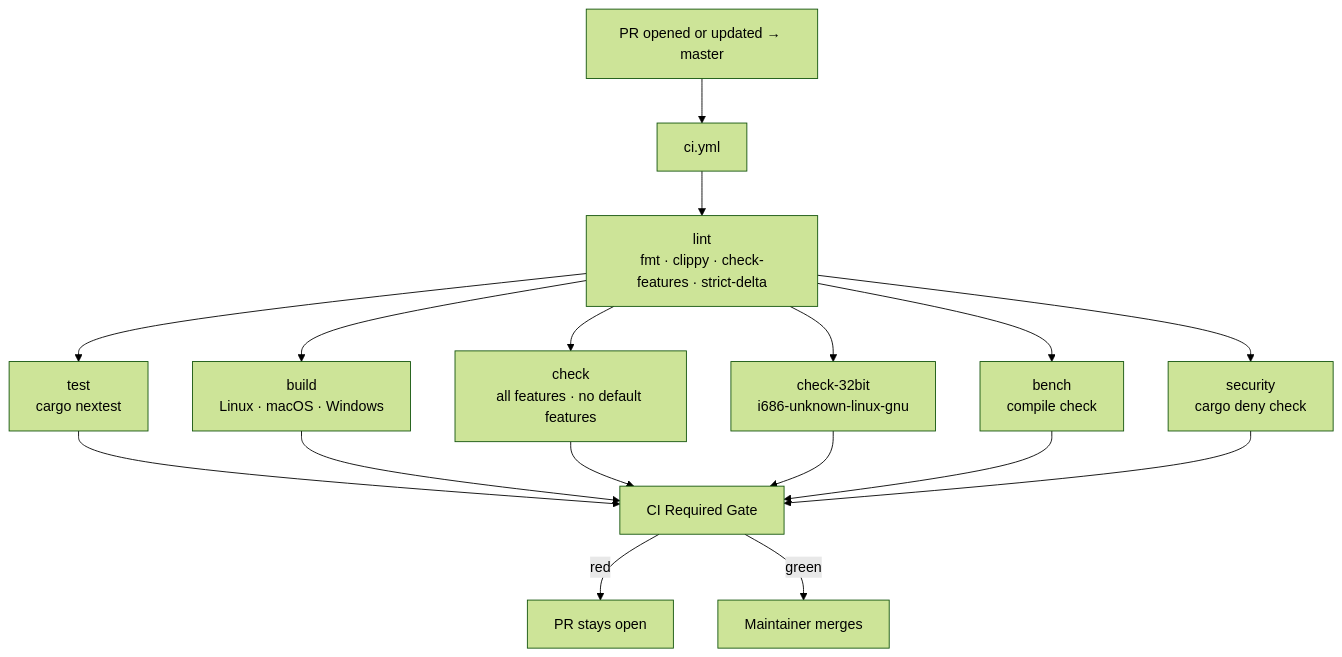
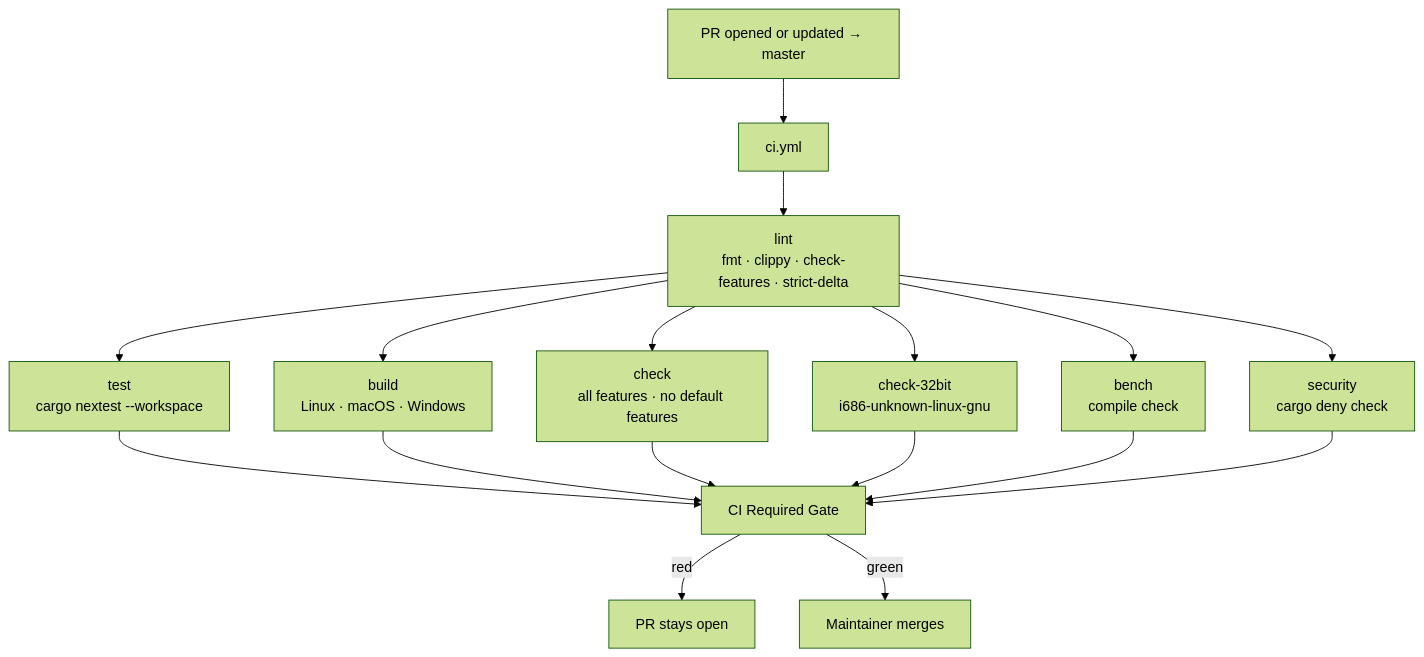
The first of 2 diagrams in .github/workflows/master-branch-flow.md (Sakthisabariesh/personal_bot), drawn with Mermaid (forest theme) before and after one commit. The commit also changed other lines of this file and 3 other files, not shown here.

Commit message:
fix(ci): run nextest across workspace crates (#6197)

````diff
--- a/.github/workflows/master-branch-flow.md
+++ b/.github/workflows/master-branch-flow.md
@@ -109,14 +109,14 @@
 ```mermaid
 flowchart TD
   A["PR opened or updated → master"] --> B["ci.yml"]
   B --> L["lint\nfmt · clippy · check-features · strict-delta"]
-  L --> T["test\ncargo nextest"]
+  L --> T["test\ncargo nextest --workspace"]
   L --> BLD["build\nLinux · macOS · Windows"]
   L --> CHK["check\nall features · no default features"]
   L --> C32["check-32bit\ni686-unknown-linux-gnu"]
   L --> BCH["bench\ncompile check"]
   L --> SEC["security\ncargo deny check"]
   T & BLD & CHK & C32 & BCH & SEC --> G["CI Required Gate"]
   G -->|red| D["PR stays open"]
   G -->|green| R["Maintainer merges"]
 ```
````
